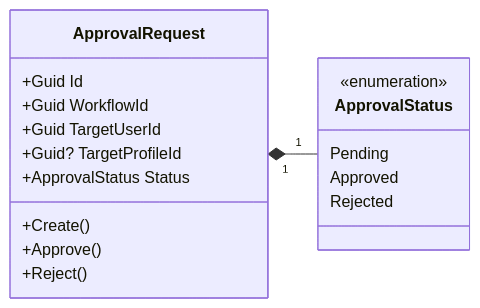
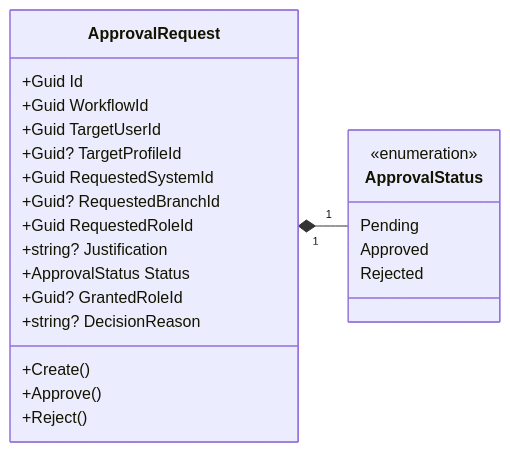
One commit to beyondnetcode/ums changed the first of 4 diagrams in docs/domain/approvals/approval-request.md. Above: the diagram before and after it, drawn with Mermaid. The commit also changed other lines of this file and 17 other files, not shown here.

````diff
--- a/docs/domain/approvals/approval-request.md
+++ b/docs/domain/approvals/approval-request.md
@@ -76,21 +85,27 @@
 ```mermaid
 classDiagram
     direction LR
     class ApprovalRequest {
         +Guid Id
         +Guid WorkflowId
         +Guid TargetUserId
         +Guid? TargetProfileId
+        +Guid RequestedSystemId
+        +Guid? RequestedBranchId
+        +Guid RequestedRoleId
+        +string? Justification
         +ApprovalStatus Status
+        +Guid? GrantedRoleId
+        +string? DecisionReason
         +Create()
         +Approve()
         +Reject()
     }
     class ApprovalStatus {
         <<enumeration>>
         Pending
         Approved
         Rejected
     }
     ApprovalRequest "1" *-- "1" ApprovalStatus
 ```
````
